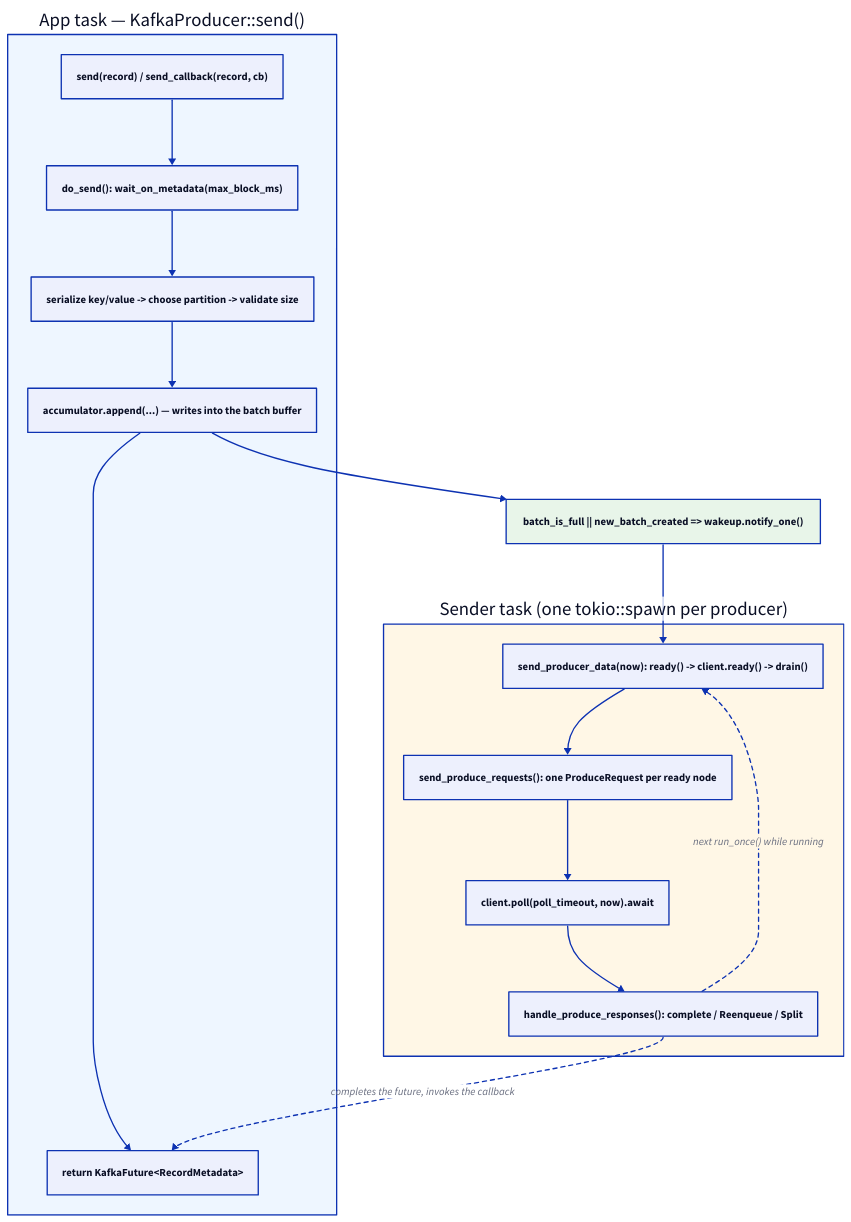
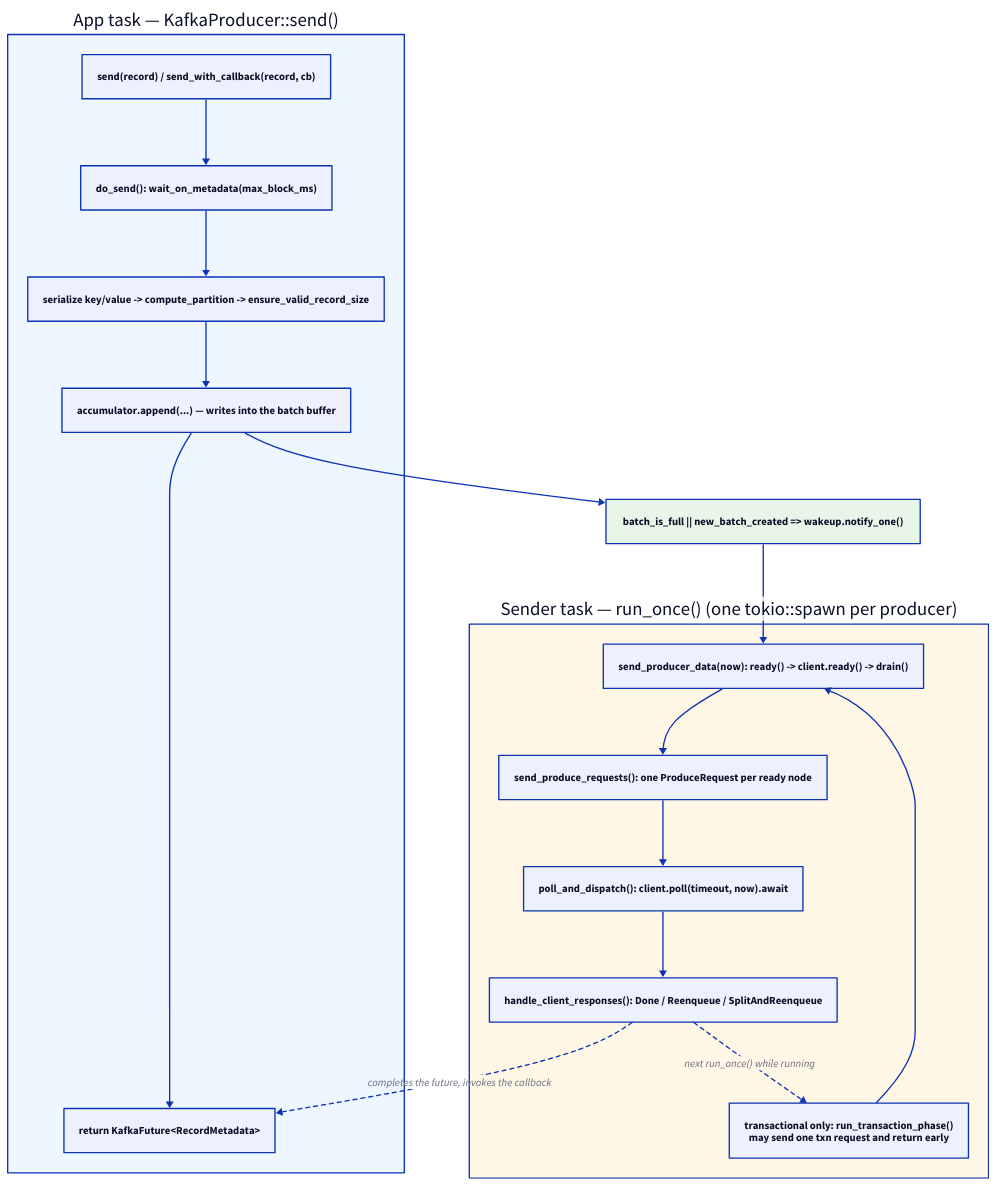
Before and after one commit to confluentinc/kafka-clients: the diagram in design/current/img/producer-send-path.d2, drawn with D2. The commit also changed 1274 other files, not shown here.

```diff
--- a/design/current/img/producer-send-path.d2
+++ b/design/current/img/producer-send-path.d2
@@ -1,42 +1,43 @@
 # The producer send path, from `send()` to the wire.
 #
-# Source of truth for design/current/producer-send-path.svg.
+# Source of truth for design/current/img/producer-send-path.svg.
 # Render with: make -C design/current d2
 #
 # The point of this diagram: the app task only appends into the
 # accumulator and returns a future; every network operation happens on the
 # Sender task, and serialized bytes are written once into the batch buffer.
 
 direction: down
 
 appside: "App task — KafkaProducer::send()" {
   style.fill: "#eef6ff"
 
-  send: "send(record) / send_callback(record, cb)"
+  send: "send(record) / send_with_callback(record, cb)"
   meta: "do_send(): wait_on_metadata(max_block_ms)"
-  prep: "serialize key/value -> choose partition -> validate size"
+  prep: "serialize key/value -> compute_partition -> ensure_valid_record_size"
   append: "accumulator.append(...) — writes into the batch buffer"
   fut: "return KafkaFuture<RecordMetadata>"
 
   send -> meta -> prep -> append -> fut
 }
 
 wake: "batch_is_full || new_batch_created  =>  wakeup.notify_one()" {
   style.fill: "#e8f5e9"
 }
 
-senderside: "Sender task (one tokio::spawn per producer)" {
+senderside: "Sender task — run_once() (one tokio::spawn per producer)" {
   style.fill: "#fff7e6"
 
+  txn: "transactional only: run_transaction_phase()\nmay send one txn request and return early"
   spd: "send_producer_data(now): ready() -> client.ready() -> drain()"
   build: "send_produce_requests(): one ProduceRequest per ready node"
-  poll: "client.poll(poll_timeout, now).await"
-  handle: "handle_produce_responses(): complete / Reenqueue / Split"
+  poll: "poll_and_dispatch(): client.poll(timeout, now).await"
+  handle: "handle_client_responses(): Done / Reenqueue / SplitAndReenqueue"
 
-  spd -> build -> poll -> handle
-  handle -> spd: "next run_once() while running" {style.stroke-dash: 3}
+  txn -> spd -> build -> poll -> handle
+  handle -> txn: "next run_once() while running" {style.stroke-dash: 3}
 }
 
 appside.append -> wake
 wake -> senderside.spd
 senderside.handle -> appside.fut: "completes the future, invokes the callback" {style.stroke-dash: 3}
```
